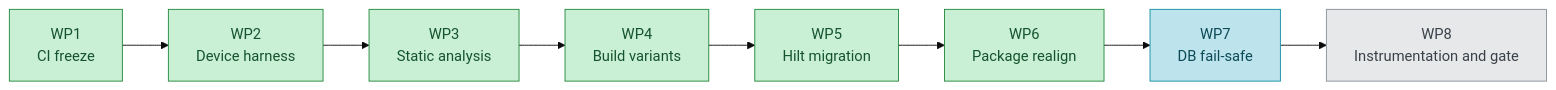
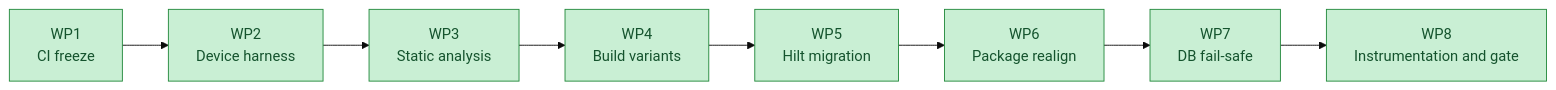
Before and after one commit to PyrosCat/App_lock: the second of 3 diagrams in README.md, drawn with Mermaid (base theme). The commit also changed other lines of this file and 3 other files, not shown here.

Commit message:
Docs: reflect M1 closed / M7 current (ROADMAP, README, roadmap.html)

````diff
--- a/README.md
+++ b/README.md
@@ -68,17 +69,17 @@
 ```mermaid
 flowchart LR
     classDef done fill:#c9efd4,stroke:#248a3d,color:#14532d
     classDef next fill:#bde3ec,stroke:#1592a8,color:#0c4a56
     classDef todo fill:#e6e8ea,stroke:#8a9199,color:#3a4149
 
     WP1["WP1<br/>CI freeze"]:::done
     WP2["WP2<br/>Device harness"]:::done
     WP3["WP3<br/>Static analysis"]:::done
     WP4["WP4<br/>Build variants"]:::done
     WP5["WP5<br/>Hilt migration"]:::done
     WP6["WP6<br/>Package realign"]:::done
-    WP7["WP7<br/>DB fail-safe"]:::next
-    WP8["WP8<br/>Instrumentation and gate"]:::todo
+    WP7["WP7<br/>DB fail-safe"]:::done
+    WP8["WP8<br/>Instrumentation and gate"]:::done
 
     WP1 --> WP2 --> WP3 --> WP4 --> WP5 --> WP6 --> WP7 --> WP8
 ```
````
